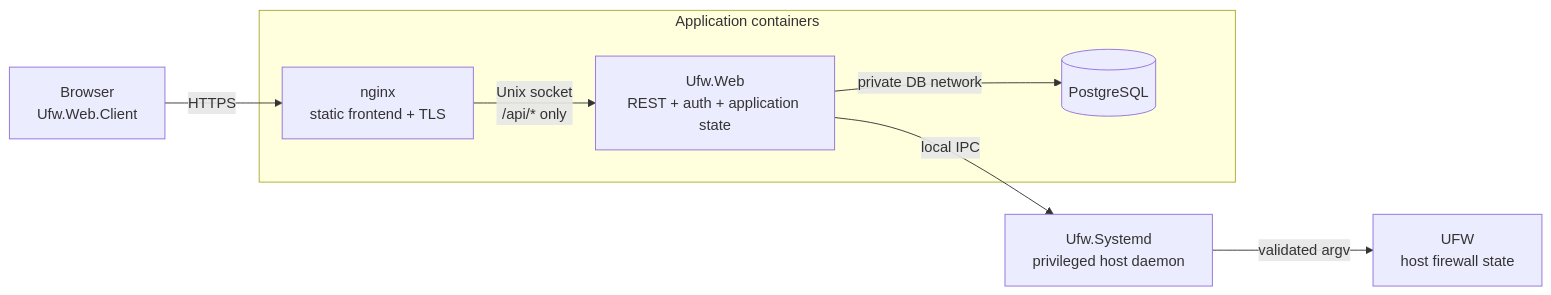
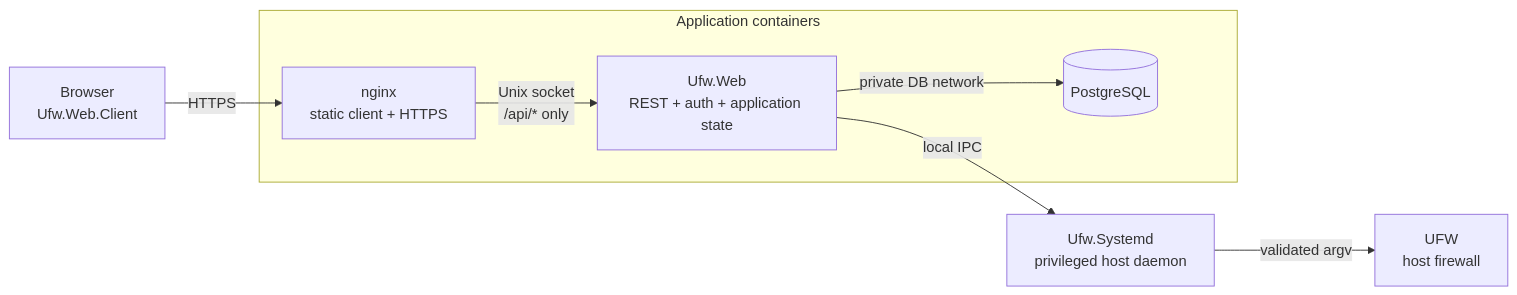
One commit to frederik-hoeft/ufw-webui changed the first of 3 diagrams in docs/architecture/architecture-overview.md. Above: the diagram before and after it, drawn with Mermaid. The commit also changed other lines of this file and 18 other files, not shown here.

````diff
--- a/docs/architecture/architecture-overview.md
+++ b/docs/architecture/architecture-overview.md
@@ -11,19 +15,20 @@
 ```mermaid
 flowchart LR
     Browser[Browser\nUfw.Web.Client]
 
     subgraph Containers[Application containers]
-        Nginx[nginx\nstatic frontend + TLS]
+        Nginx[nginx\nstatic client + HTTPS]
         Web[Ufw.Web\nREST + auth + application state]
         Db[(PostgreSQL)]
+
         Nginx -->|Unix socket\n/api/* only| Web
         Web -->|private DB network| Db
     end
 
     Daemon[Ufw.Systemd\nprivileged host daemon]
-    Ufw[UFW\nhost firewall state]
+    Ufw[UFW\nhost firewall]
 
     Browser -->|HTTPS| Nginx
     Web -->|local IPC| Daemon
     Daemon -->|validated argv| Ufw
 ```
````
